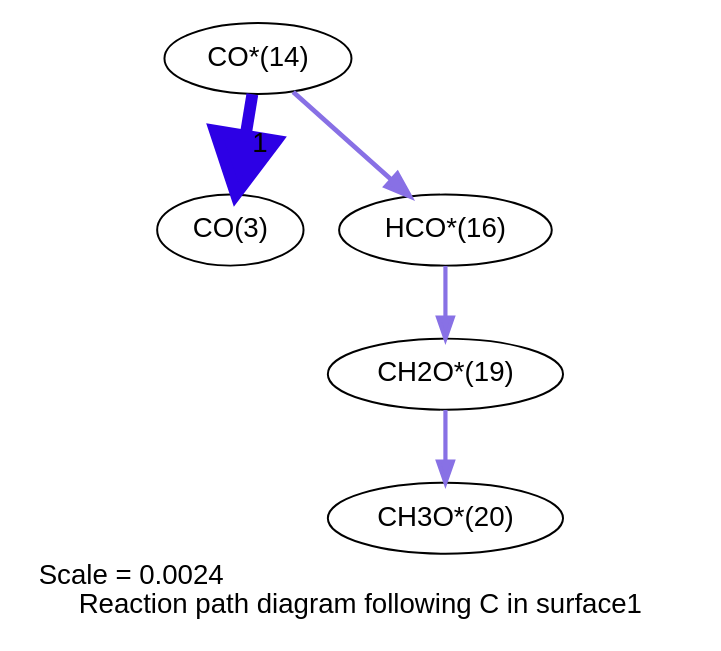
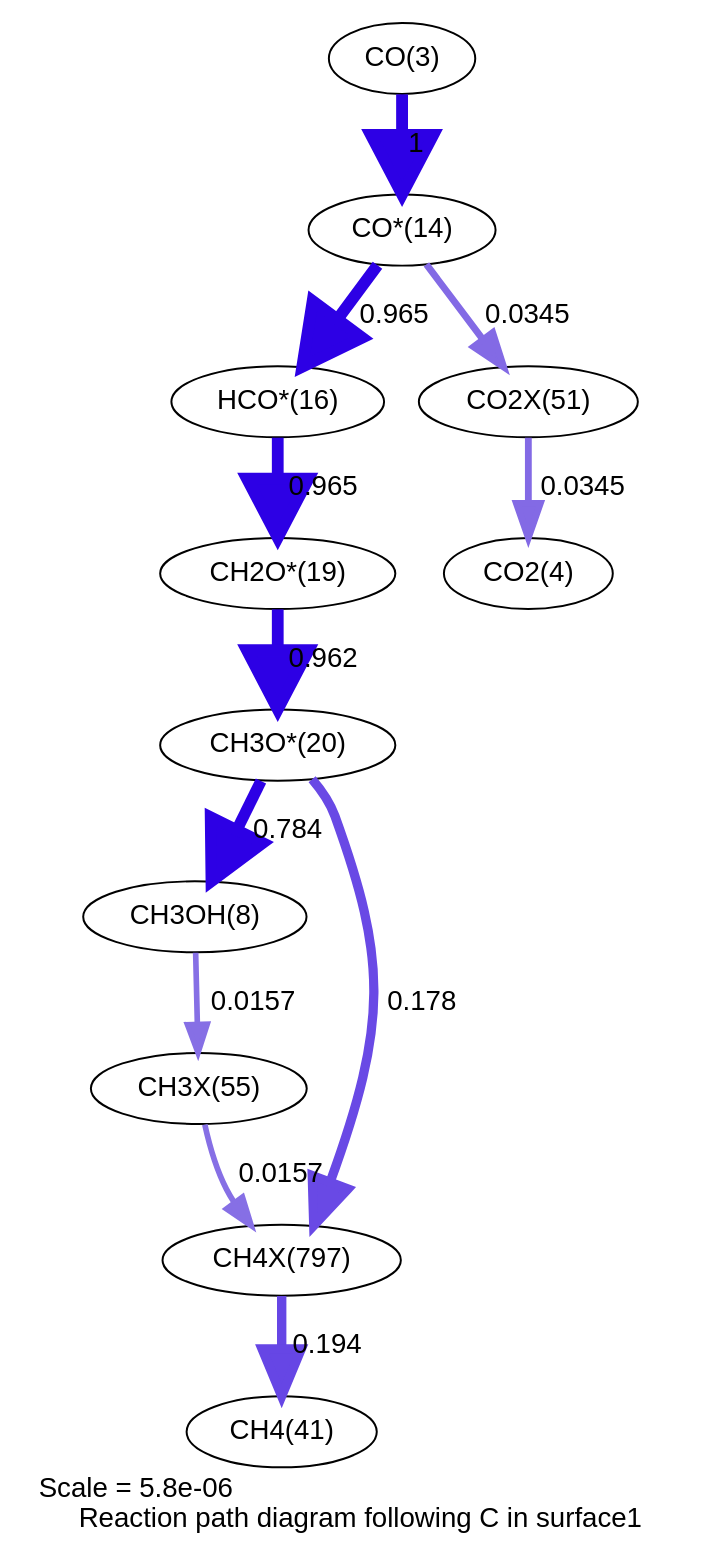
The diagram in cantera_simulations/RMG_wDeut/reaction_path_C_surface1.dot (comocheng/meOH-analysis), drawn with Graphviz before and after one commit. The commit also changed 257 other files, not shown here.

```diff
--- a/cantera_simulations/RMG_wDeut/reaction_path_C_surface1.dot
+++ b/cantera_simulations/RMG_wDeut/reaction_path_C_surface1.dot
@@ -1,18 +1,38 @@
 digraph reaction_paths {
 center=1;
-s33 -> s3[fontname="Helvetica", penwidth=6, arrowsize=3, color="0.7, 1.5, 0.9"
+s3 -> s26[fontname="Helvetica", penwidth=6, arrowsize=3, color="0.7, 1.5, 0.9"
 , label=" 1"];
-s33 -> s35[fontname="Helvetica", penwidth=2.43, arrowsize=1.22, color="0.7, 0.509, 0.9"
-];
-s35 -> s38[fontname="Helvetica", penwidth=2.12, arrowsize=1.06, color="0.7, 0.506, 0.9"
-];
-s38 -> s39[fontname="Helvetica", penwidth=2.13, arrowsize=1.06, color="0.7, 0.506, 0.9"
-];
+s26 -> s28[fontname="Helvetica", penwidth=5.97, arrowsize=2.99, color="0.7, 1.46, 0.9"
+, label=" 0.965"];
+s26 -> s38[fontname="Helvetica", penwidth=3.46, arrowsize=1.73, color="0.7, 0.534, 0.9"
+, label=" 0.0345"];
+s28 -> s31[fontname="Helvetica", penwidth=5.97, arrowsize=2.99, color="0.7, 1.46, 0.9"
+, label=" 0.965"];
+s38 -> s4[fontname="Helvetica", penwidth=3.46, arrowsize=1.73, color="0.7, 0.534, 0.9"
+, label=" 0.0345"];
+s31 -> s32[fontname="Helvetica", penwidth=5.97, arrowsize=2.99, color="0.7, 1.46, 0.9"
+, label=" 0.962"];
+s32 -> s8[fontname="Helvetica", penwidth=5.82, arrowsize=2.91, color="0.7, 1.28, 0.9"
+, label=" 0.784"];
+s32 -> s58[fontname="Helvetica", penwidth=4.7, arrowsize=2.35, color="0.7, 0.678, 0.9"
+, label=" 0.178"];
+s8 -> s41[fontname="Helvetica", penwidth=2.86, arrowsize=1.43, color="0.7, 0.516, 0.9"
+, label=" 0.0157"];
+s41 -> s58[fontname="Helvetica", penwidth=2.86, arrowsize=1.43, color="0.7, 0.516, 0.9"
+, label=" 0.0157"];
+s58 -> s10[fontname="Helvetica", penwidth=4.76, arrowsize=2.38, color="0.7, 0.694, 0.9"
+, label=" 0.194"];
 s3 [ fontname="Helvetica", label="CO(3)"];
-s33 [ fontname="Helvetica", label="CO*(14)"];
-s35 [ fontname="Helvetica", label="HCO*(16)"];
-s38 [ fontname="Helvetica", label="CH2O*(19)"];
-s39 [ fontname="Helvetica", label="CH3O*(20)"];
- label = "Scale = 0.0024\l Reaction path diagram following C in surface1";
+s4 [ fontname="Helvetica", label="CO2(4)"];
+s8 [ fontname="Helvetica", label="CH3OH(8)"];
+s10 [ fontname="Helvetica", label="CH4(41)"];
+s26 [ fontname="Helvetica", label="CO*(14)"];
+s28 [ fontname="Helvetica", label="HCO*(16)"];
+s31 [ fontname="Helvetica", label="CH2O*(19)"];
+s32 [ fontname="Helvetica", label="CH3O*(20)"];
+s38 [ fontname="Helvetica", label="CO2X(51)"];
+s41 [ fontname="Helvetica", label="CH3X(55)"];
+s58 [ fontname="Helvetica", label="CH4X(797)"];
+ label = "Scale = 5.8e-06\l Reaction path diagram following C in surface1";
  fontname = "Helvetica";
 }
```
